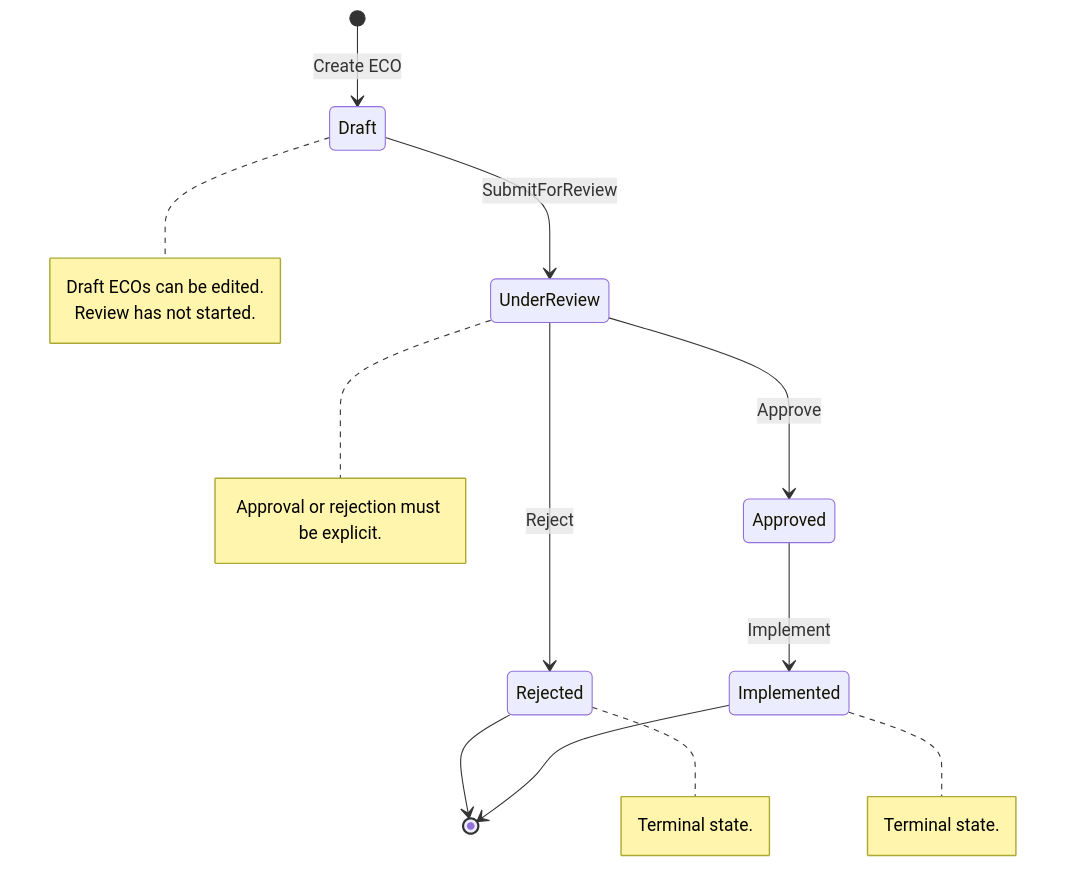
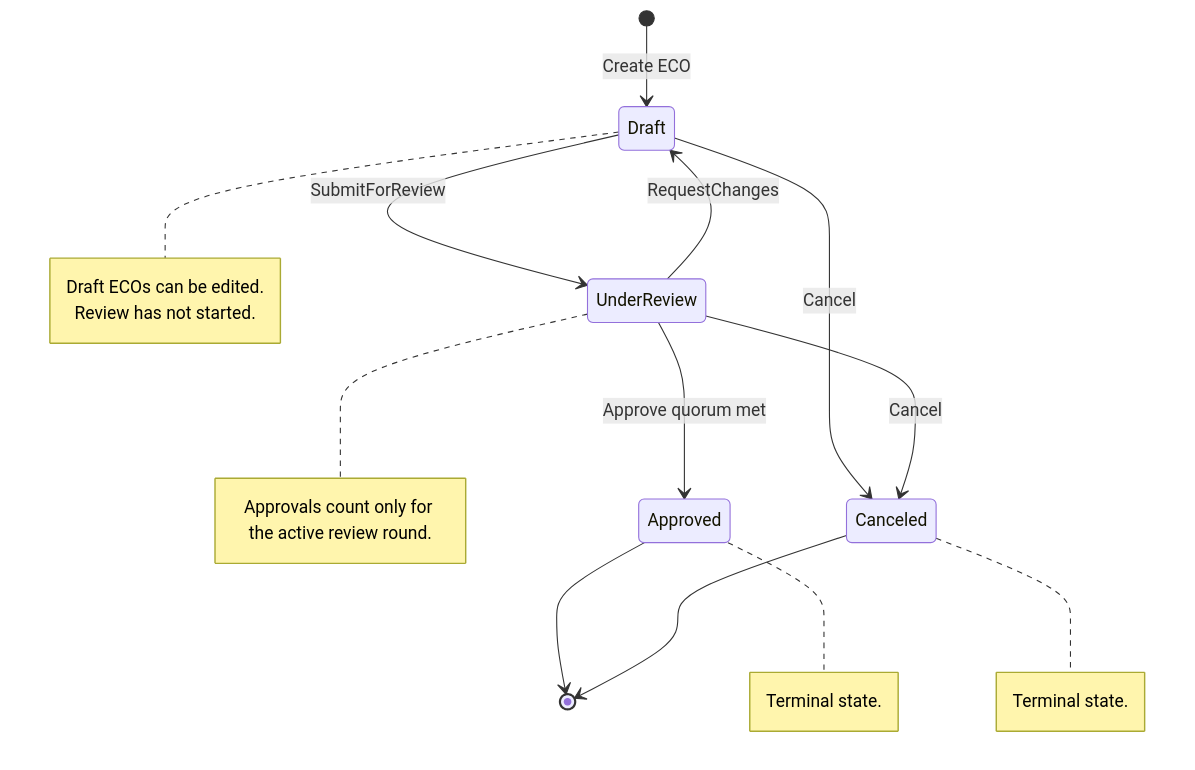
Before and after one commit to emanuellcs/engiflow: the second of 2 diagrams in README.md, drawn with Mermaid. The commit also changed other lines of this file and 94 other files, not shown here.

````diff
--- a/README.md
+++ b/README.md
@@ -91,27 +101,28 @@
 ```mermaid
 stateDiagram-v2
     [*] --> Draft: Create ECO
     Draft --> UnderReview: SubmitForReview
-    UnderReview --> Approved: Approve
-    UnderReview --> Rejected: Reject
-    Approved --> Implemented: Implement
-    Rejected --> [*]
-    Implemented --> [*]
+    Draft --> Canceled: Cancel
+    UnderReview --> Approved: Approve quorum met
+    UnderReview --> Draft: RequestChanges
+    UnderReview --> Canceled: Cancel
+    Approved --> [*]
+    Canceled --> [*]
 
     note right of Draft
         Draft ECOs can be edited.
         Review has not started.
     end note
 
     note right of UnderReview
-        Approval or rejection must be explicit.
+        Approvals count only for the active review round.
     end note
 
-    note right of Rejected
+    note right of Approved
         Terminal state.
     end note
 
-    note right of Implemented
+    note right of Canceled
         Terminal state.
     end note
 ```
````
